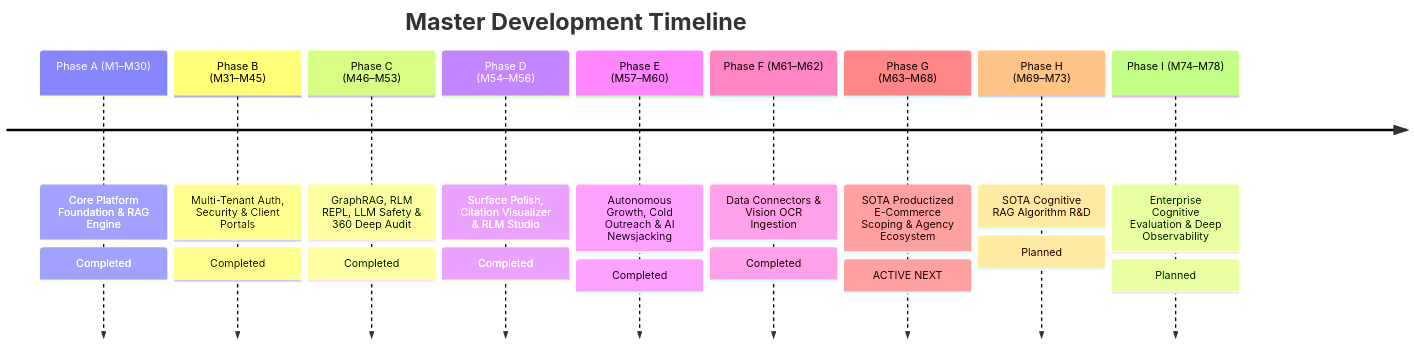
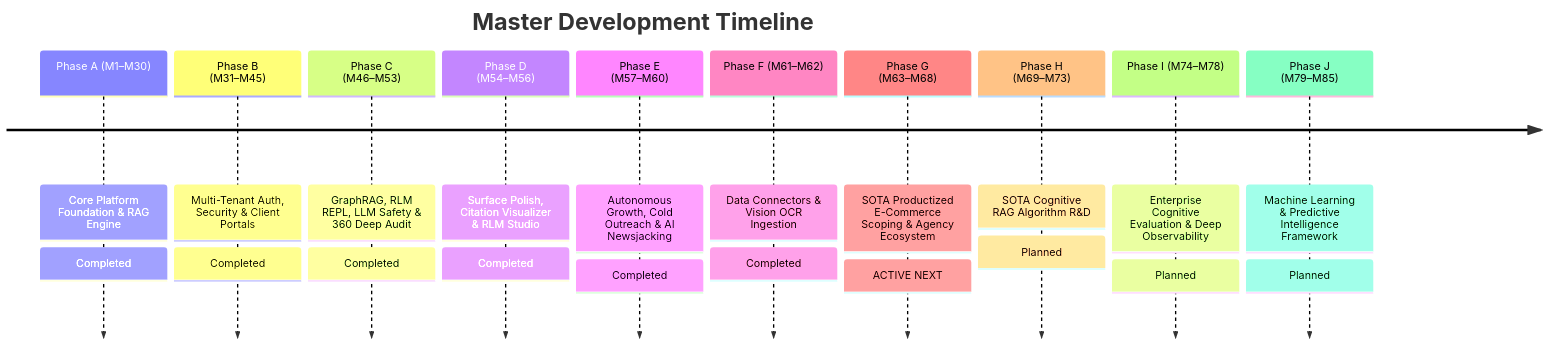
One commit to prat3010/Prateek_website changed the diagram in ROADMAP.md. Above: the diagram before and after it, drawn with Mermaid. The commit also changed other lines of this file and 9 other files, not shown here.

````diff
--- a/ROADMAP.md
+++ b/ROADMAP.md
@@ -10,13 +10,14 @@
 ```mermaid
 timeline
     title Master Development Timeline
     Phase A (M1–M30) : Core Platform Foundation & RAG Engine : Completed
     Phase B (M31–M45) : Multi-Tenant Auth, Security & Client Portals : Completed
     Phase C (M46–M53) : GraphRAG, RLM REPL, LLM Safety & 360 Deep Audit : Completed
     Phase D (M54–M56) : Surface Polish, Citation Visualizer & RLM Studio : Completed
     Phase E (M57–M60) : Autonomous Growth, Cold Outreach & AI Newsjacking : Completed
     Phase F (M61–M62) : Data Connectors & Vision OCR Ingestion : Completed
     Phase G (M63–M68) : SOTA Productized E-Commerce Scoping & Agency Ecosystem : ACTIVE NEXT
     Phase H (M69–M73) : SOTA Cognitive RAG Algorithm R&D : Planned
     Phase I (M74–M78) : Enterprise Cognitive Evaluation & Deep Observability : Planned
+    Phase J (M79–M85) : Machine Learning & Predictive Intelligence Framework : Planned
 ```
````
